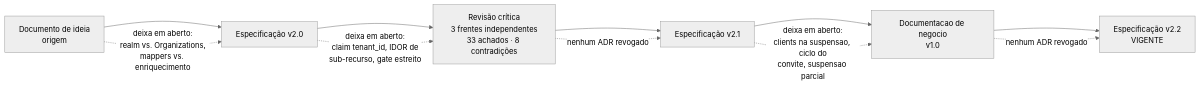
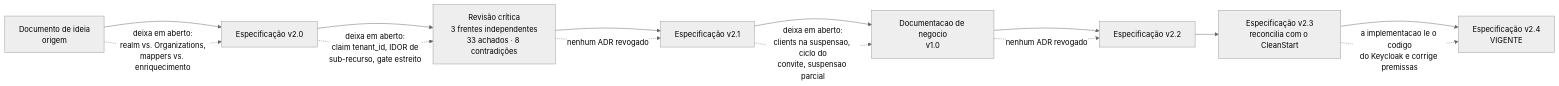
One commit to Joseleno/identity-gateway changed diagram 16 of 16 in docs/documentacao-negocio.md. Above: the diagram before and after it, drawn with Mermaid (neutral theme). The commit also changed other lines of this file and 2 other files, not shown here.

First line of the commit message:
docs: design da fundacao Keycloak e spec v2.4

````diff
--- a/docs/documentacao-negocio.md
+++ b/docs/documentacao-negocio.md
@@ -2606,14 +2615,17 @@
 ```mermaid
 flowchart LR
     A["Documento de ideia<br/>origem"] --> B["Especificação v2.0"]
     B --> R["Revisão crítica<br/>3 frentes independentes<br/>33 achados · 8 contradições"]
     R --> C["Especificação v2.1"]
     C --> N["Documentacao de negocio<br/>v1.0"]
-    N --> D["Especificação v2.2<br/>VIGENTE"]
+    N --> D["Especificação v2.2"]
+    D --> E["Especificação v2.3<br/>reconcilia com o CleanStart"]
+    E --> F["Especificação v2.4<br/>VIGENTE"]
 
     A -.->|"deixa em aberto:<br/>realm vs. Organizations,<br/>mappers vs. enriquecimento"| B
     B -.->|"deixa em aberto:<br/>claim tenant_id, IDOR de<br/>sub-recurso, gate estreito"| R
     R -.->|"nenhum ADR revogado"| C
     C -.->|"deixa em aberto:<br/>clients na suspensao, ciclo do<br/>convite, suspensao parcial"| N
     N -.->|"nenhum ADR revogado"| D
+    E -.->|"a implementacao le o codigo<br/>do Keycloak e corrige premissas"| F
 ```
````
